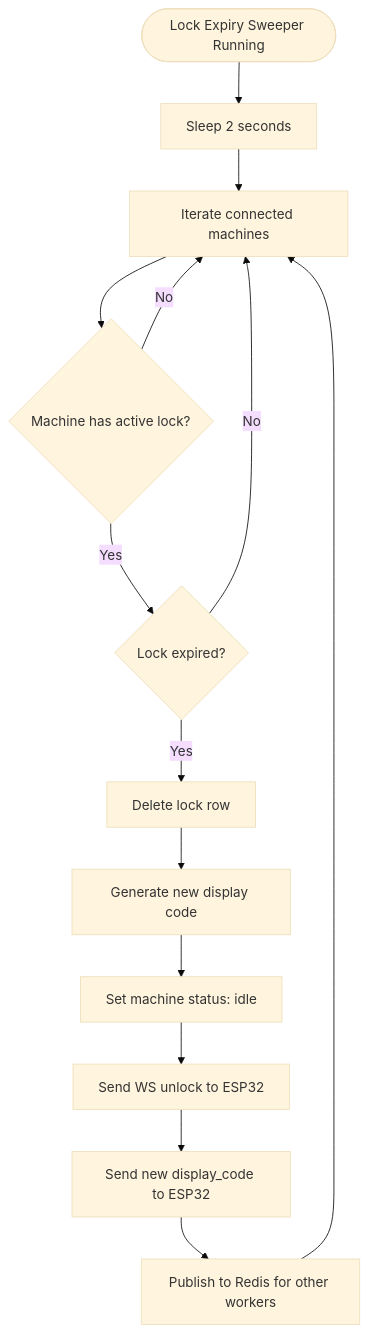
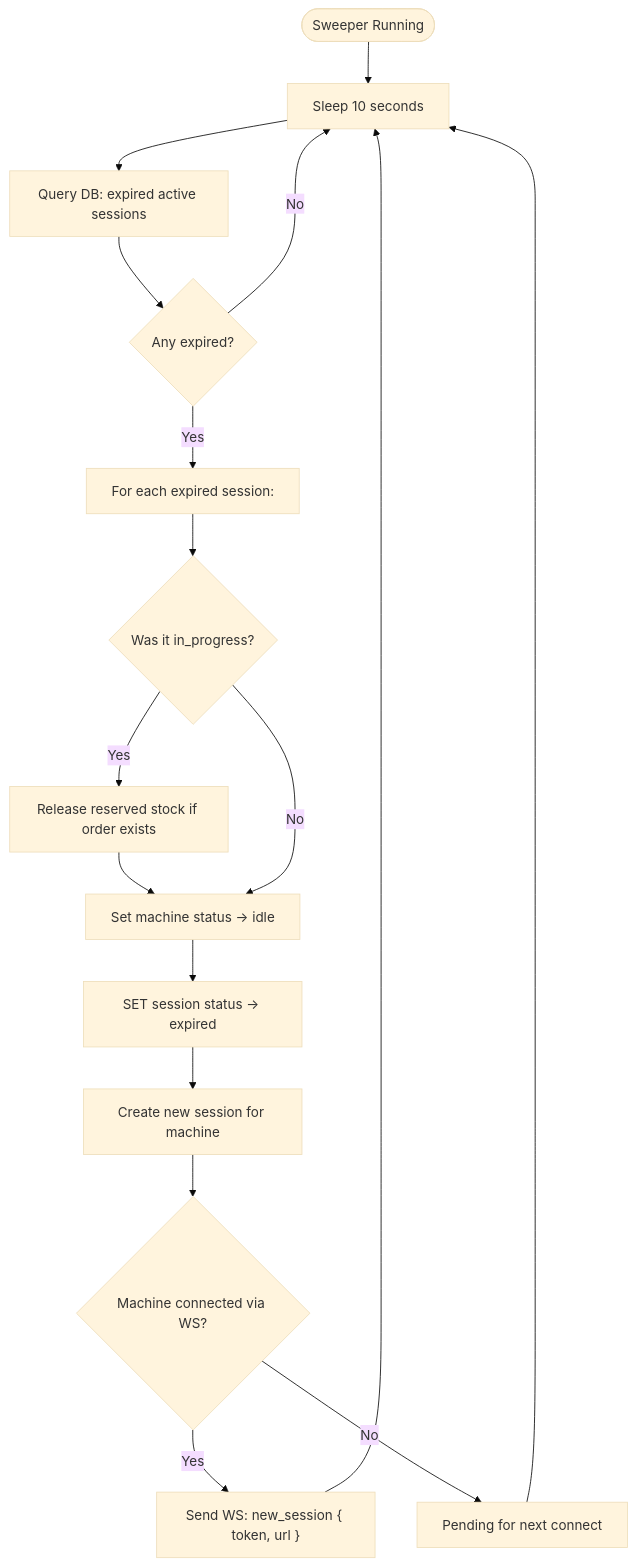
The tenth of 11 diagrams in UML_Diagrams.md (gouthamlingoju/SmartVend), drawn with Mermaid (base theme) before and after one commit. The commit also changed other lines of this file and 10 other files, not shown here.

````diff
--- a/UML_Diagrams.md
+++ b/UML_Diagrams.md
@@ -467,16 +518,21 @@
 ```mermaid
 flowchart TD
-    A([Lock Expiry Sweeper Running]) --> B[Sleep 2 seconds]
-    B --> C[Iterate connected machines]
-    C --> D{Machine has active lock?}
-    D -->|No| C
-    D -->|Yes| E{Lock expired?}
-    E -->|No| C
-    E -->|Yes| F[Delete lock row]
-    F --> G[Generate new display code]
-    G --> H[Set machine status: idle]
-    H --> I[Send WS unlock to ESP32]
-    I --> J[Send new display_code to ESP32]
-    J --> K[Publish to Redis for other workers]
-    K --> C
+    A(["Sweeper Running"]) --> B["Sleep 10 seconds"]
+    B --> C["Query DB: expired active sessions"]
+    C --> D{"Any expired?"}
+    D -->|No| B
+    D -->|Yes| E["For each expired session:"]
+
+    E --> F{"Was it in_progress?"}
+    F -->|Yes| G["Release reserved stock if order exists"]
+    G --> H["Set machine status → idle"]
+    F -->|No| H
+
+    H --> I["SET session status → expired"]
+    I --> J["Create new session for machine"]
+    J --> K{"Machine connected via WS?"}
+    K -->|Yes| L["Send WS: new_session { token, url }"]
+    K -->|No| M["Pending for next connect"]
+    L --> B
+    M --> B
 ```
````
